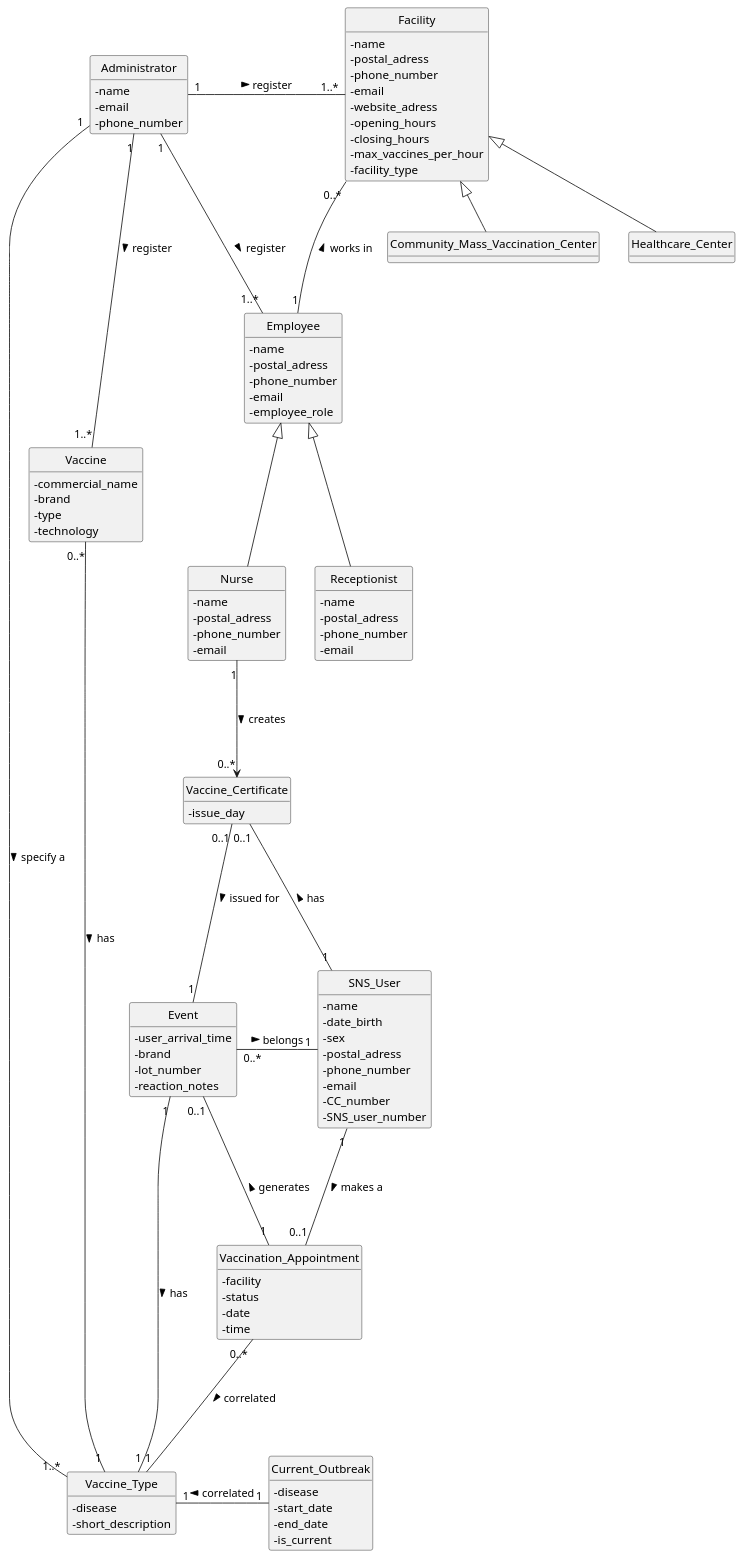
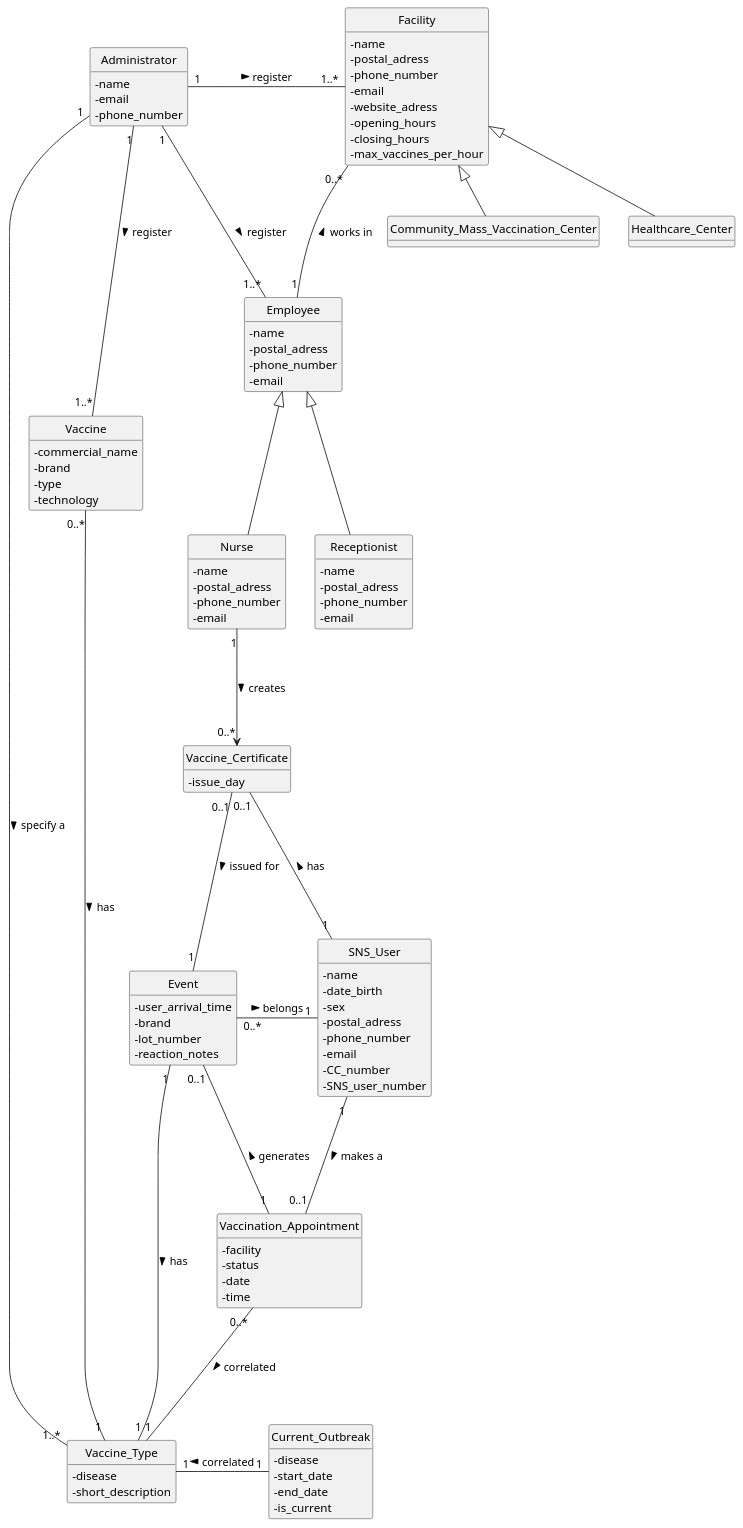
Before and after one commit to Parafita123/leti-esoft-25-26-B1: the diagram in docs/Sprint2/system-documentation/global-artifacts/puml/DM.puml, drawn with PlantUML.

Commit message:
DM alterado, atualização US10.

```diff
--- a/docs/Sprint2/system-documentation/global-artifacts/puml/DM.puml
+++ b/docs/Sprint2/system-documentation/global-artifacts/puml/DM.puml
@@ -1,147 +1,145 @@
 @startuml
 'https://plantuml.com/class-diagram
 skinparam classAttributeIconSize 0
 hide circle
 hide methods
 
 
 
 class Vaccine {
     - commercial_name
     - brand
     - type
     - technology
 }
 
 class Vaccine_Type {
     - disease
     - short_description
 }
 
 class Facility {
     - name
     - postal_adress
     - phone_number
     - email
     - website_adress
     - opening_hours
     - closing_hours
     - max_vaccines_per_hour
-    - facility_type
 }
 
 class Employee {
     - name
     - postal_adress
     - phone_number
     - email
-    - employee_role
 }
 
 
 class SNS_User {
     - name
     - date_birth
     - sex
     - postal_adress
     - phone_number
     - email
     - CC_number
     - SNS_user_number
 }
 
 
 
 class Vaccination_Appointment {
     - facility
     - status
     - date
     - time
 }
 
 class Current_Outbreak {
     - disease
     - start_date
     - end_date
     - is_current
 }
 
 class Community_Mass_Vaccination_Center {
 }
 
 class Healthcare_Center {
 }
 
 class Nurse {
     - name
     - postal_adress
     - phone_number
     - email
 }
 
 class Receptionist {
     - name
     - postal_adress
     - phone_number
     - email
 }
 
 class Event {
     - user_arrival_time
     - brand
     - lot_number
     - reaction_notes
 }
 
 class Administrator {
     - name
     - email
     - phone_number
 }
 
 class Vaccine_Certificate {
     - issue_day
 }
 
 Employee <|-- Nurse
 Employee <|-- Receptionist
 
 Facility <|-- Community_Mass_Vaccination_Center
 Facility <|-- Healthcare_Center
 
 Employee "1" -up-- "0..*" Facility : works in >
 
 Administrator "1" -right-- "1..*" Employee: register >
 
 Administrator "1" -down-- "1..*" Vaccine: register >
 
 Administrator "1" -right-- "1..*" Facility: register >
 
 Administrator "1" -down-- "1..*" Vaccine_Type: specify a >
 
 SNS_User "1" -down-- "0..1" Vaccination_Appointment: makes a >
 
 
 
 Current_Outbreak "1" -left-- "1" Vaccine_Type: correlated >
 
 Vaccine "0..*" -right-- "1" Vaccine_Type: has >
 
 Nurse "1" -down--> "0..*" Vaccine_Certificate: creates >
 
 Vaccine_Certificate "0..1" -down-- "1" Event: issued for >
 
 Vaccination_Appointment "0..*" -down-- "1" Vaccine_Type: correlated >
 
 Vaccination_Appointment "1" -up-- "0..1" Event: generates >
 
 Event "0..*" -right-- "1" SNS_User: belongs >
 
 Event "1" -down-- "1" Vaccine_Type:has >
 
 SNS_User "1"  -left-- "0..1" Vaccine_Certificate: has >
 
 
 
 
 @enduml
```
